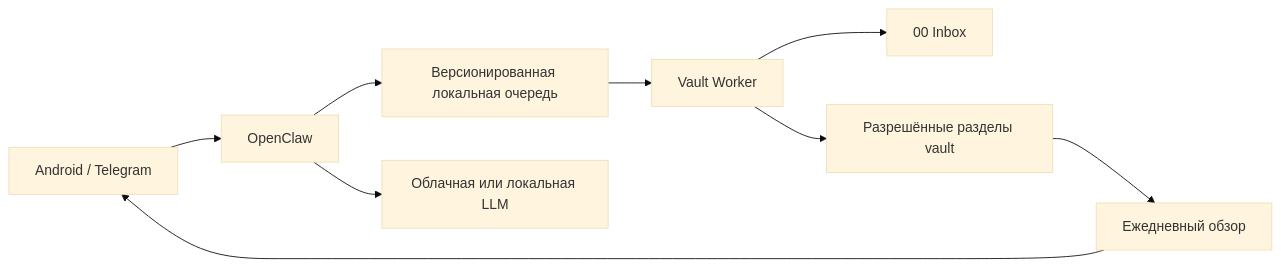
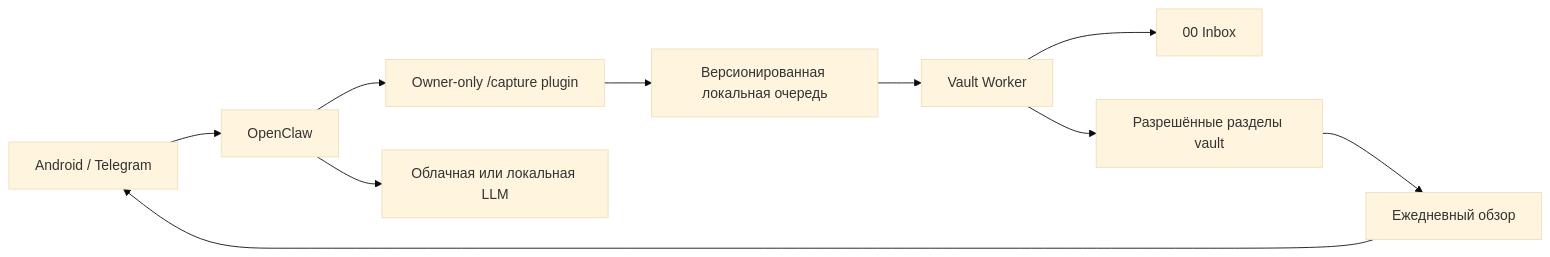
Before and after one commit to gmlol11/obsidian-assistant: the diagram in README.md, drawn with Mermaid (base theme). The commit also changed other lines of this file and 37 other files, not shown here.

````diff
--- a/README.md
+++ b/README.md
@@ -20,11 +20,12 @@
 ```mermaid
 flowchart LR
     U["Android / Telegram"] --> A["OpenClaw"]
-    A --> Q["Версионированная локальная очередь"]
+    A --> P["Owner-only /capture plugin"]
+    P --> Q["Версионированная локальная очередь"]
     Q --> W["Vault Worker"]
     W --> I["00 Inbox"]
     W --> V["Разрешённые разделы vault"]
     V --> R["Ежедневный обзор"]
     R --> U
     A --> L["Облачная или локальная LLM"]
 ```
````
